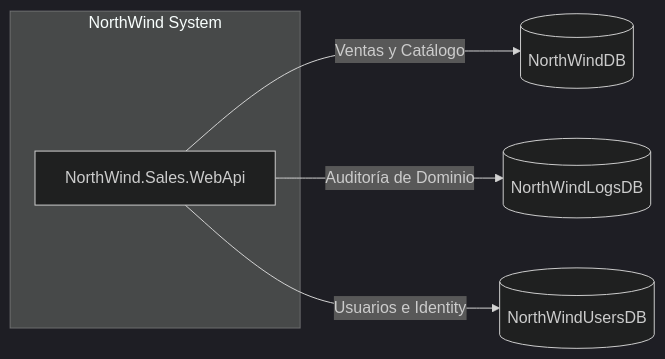
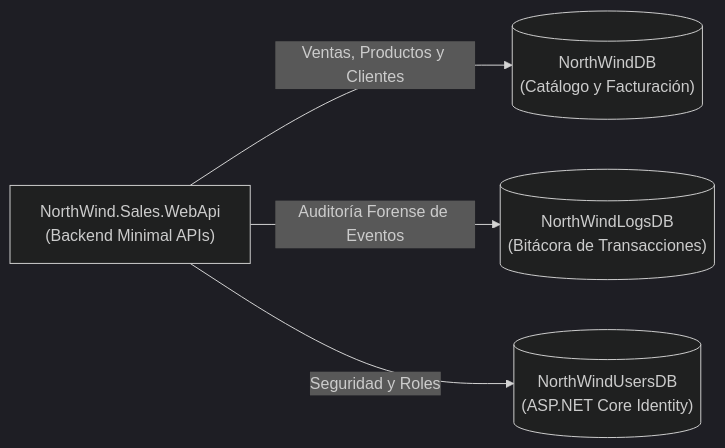
One commit to Isra1322/NorthWind-GUI-mejorada- changed the second of 3 diagrams in README.md. Above: the diagram before and after it, drawn with Mermaid (dark theme). The commit also changed other lines of this file, not shown here.

````diff
--- a/README.md
+++ b/README.md
@@ -113,10 +225,8 @@
 ```mermaid
 graph LR
-    subgraph NorthWind System
-        API[NorthWind.Sales.WebApi]
-    end
+    API["NorthWind.Sales.WebApi<br/>(Backend Minimal APIs)"]
 
-    API -->|Ventas y Catálogo| DB1[(NorthWindDB)]
-    API -->|Auditoría de Dominio| DB2[(NorthWindLogsDB)]
-    API -->|Usuarios e Identity| DB3[(NorthWindUsersDB)]
+    API -->|Ventas, Productos y Clientes| DB1[("NorthWindDB<br/>(Catálogo y Facturación)")]
+    API -->|Auditoría Forense de Eventos| DB2[("NorthWindLogsDB<br/>(Bitácora de Transacciones)")]
+    API -->|Seguridad y Roles| DB3[("NorthWindUsersDB<br/>(ASP.NET Core Identity)")]
 ```
````
